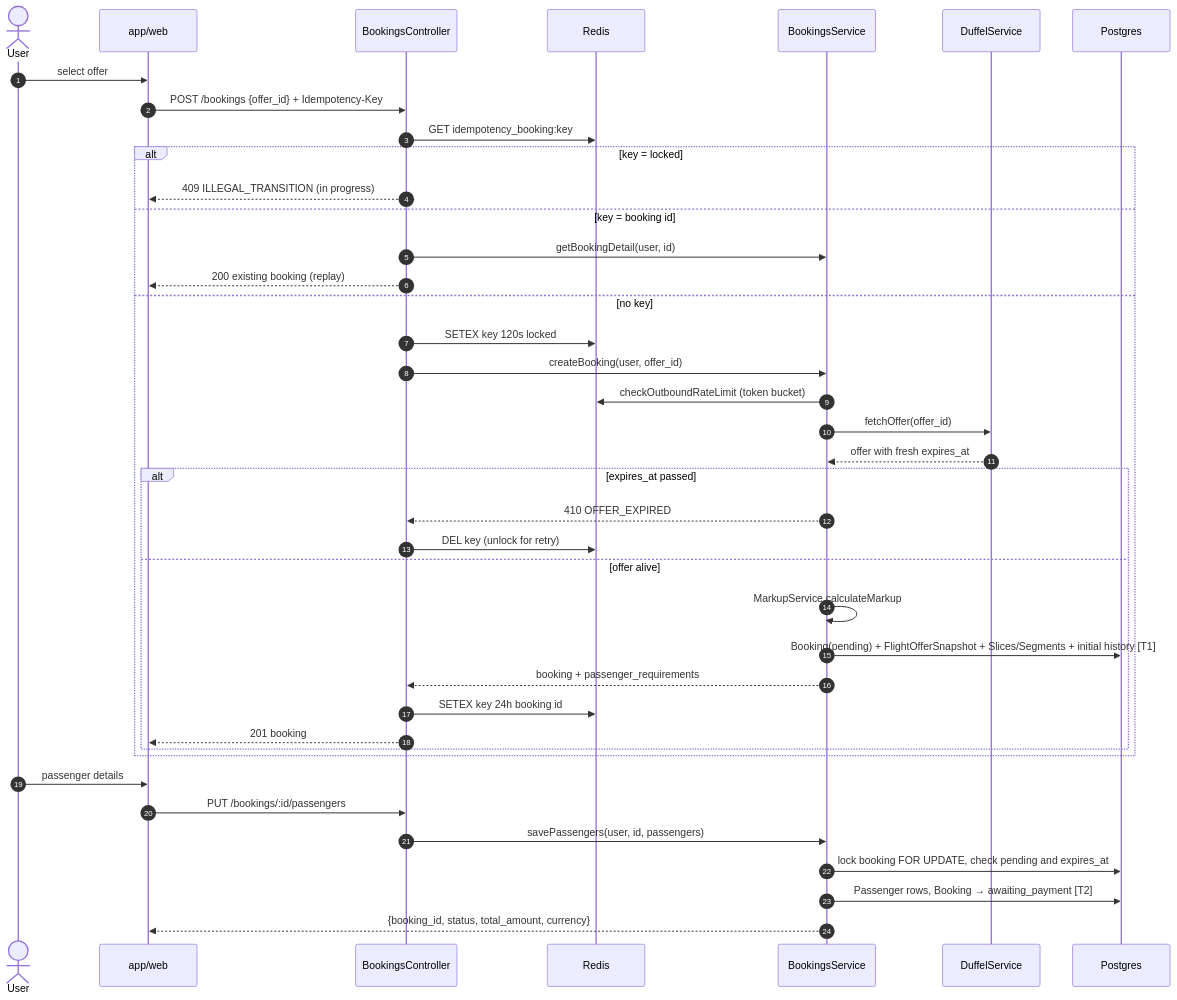
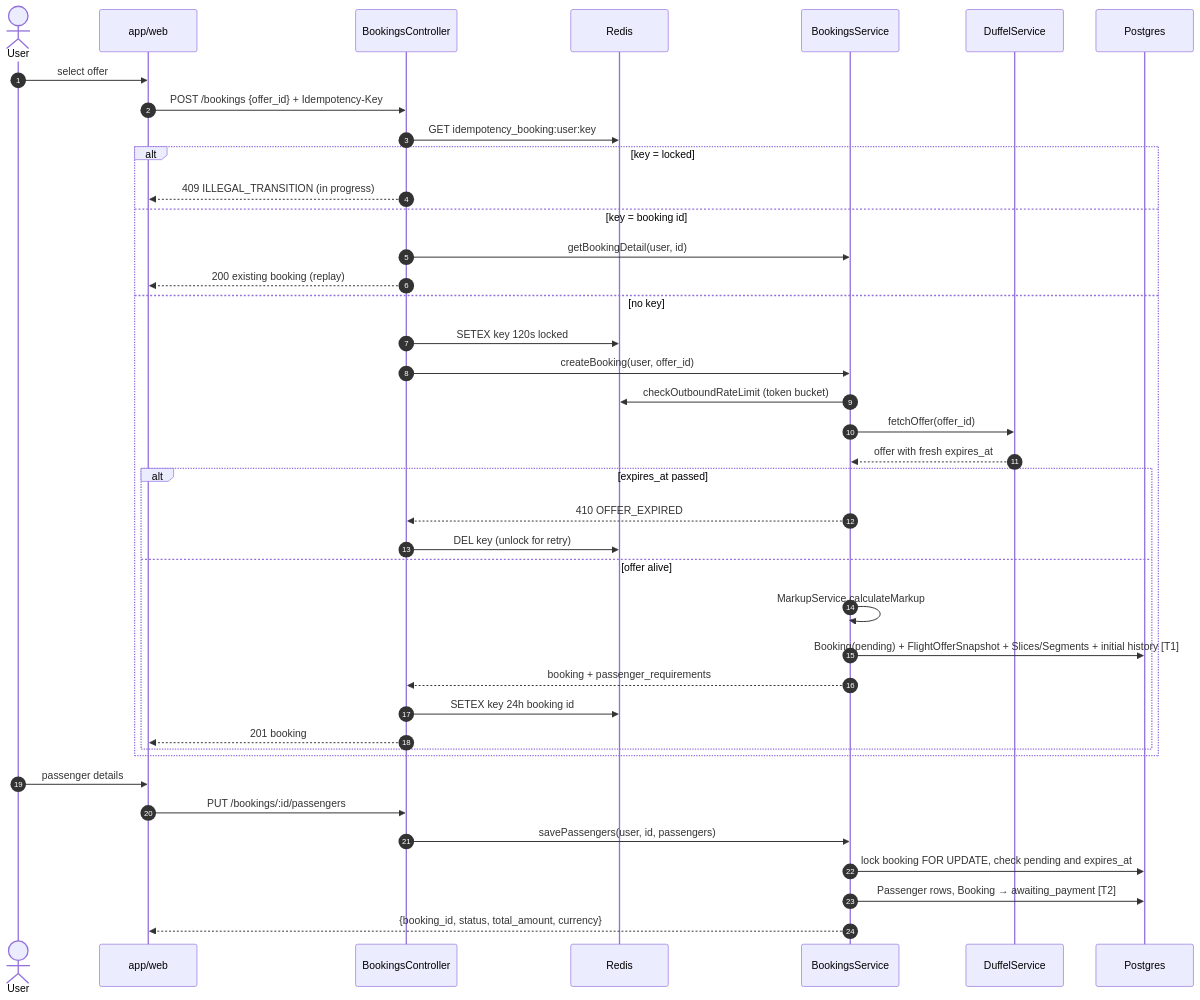
One commit to Kamel-27/travel-platform changed the first of 6 diagrams in docs/sequence_diagrams.md. Above: the diagram before and after it, drawn with Mermaid. The commit also changed other lines of this file and 6 other files, not shown here.

````diff
--- a/docs/sequence_diagrams.md
+++ b/docs/sequence_diagrams.md
@@ -12,43 +13,43 @@
 ```mermaid
 sequenceDiagram
     autonumber
     actor U as User
     participant W as app/web
     participant C as BookingsController
     participant R as Redis
     participant S as BookingsService
     participant D as DuffelService
     participant DB as Postgres
 
     U->>W: select offer
     W->>C: POST /bookings {offer_id} + Idempotency-Key
-    C->>R: GET idempotency_booking:key
+    C->>R: GET idempotency_booking:user:key
     alt key = locked
         C-->>W: 409 ILLEGAL_TRANSITION (in progress)
     else key = booking id
         C->>S: getBookingDetail(user, id)
         C-->>W: 200 existing booking (replay)
     else no key
         C->>R: SETEX key 120s locked
         C->>S: createBooking(user, offer_id)
         S->>R: checkOutboundRateLimit (token bucket)
         S->>D: fetchOffer(offer_id)
         D-->>S: offer with fresh expires_at
         alt expires_at passed
             S-->>C: 410 OFFER_EXPIRED
             C->>R: DEL key (unlock for retry)
         else offer alive
             S->>S: MarkupService.calculateMarkup
             S->>DB: Booking(pending) + FlightOfferSnapshot + Slices/Segments + initial history [T1]
             S-->>C: booking + passenger_requirements
             C->>R: SETEX key 24h booking id
             C-->>W: 201 booking
         end
     end
     U->>W: passenger details
     W->>C: PUT /bookings/:id/passengers
     C->>S: savePassengers(user, id, passengers)
     S->>DB: lock booking FOR UPDATE, check pending and expires_at
     S->>DB: Passenger rows, Booking → awaiting_payment [T2]
     S-->>W: {booking_id, status, total_amount, currency}
 ```
````
